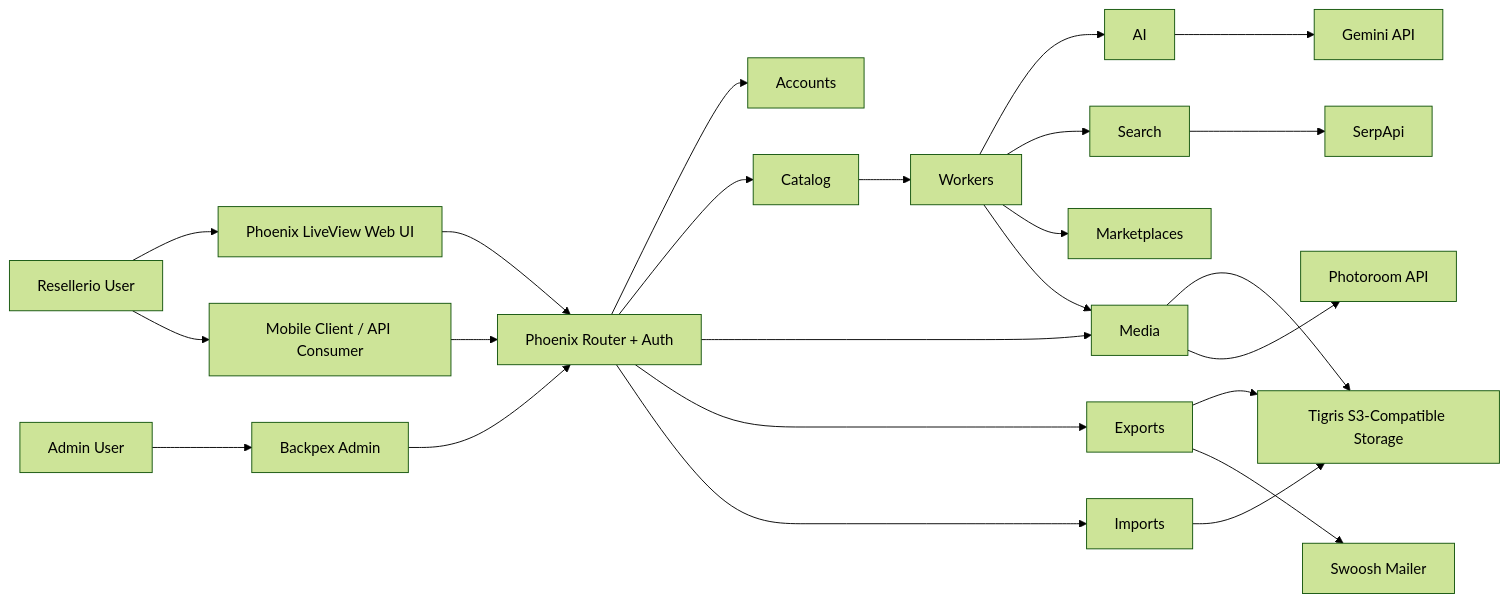
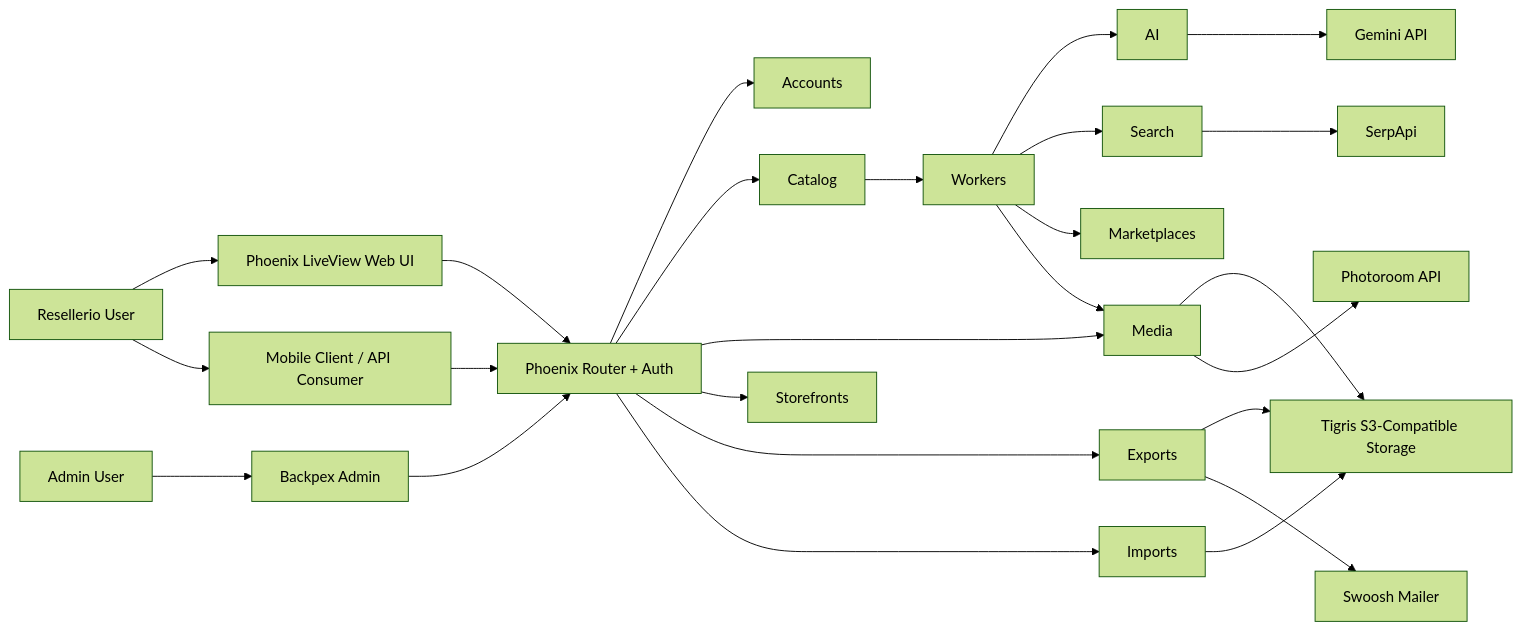
One commit to mpakus/resellerio changed the first of 4 diagrams in docs/ARCHITECTURE.md. Above: the diagram before and after it, drawn with Mermaid (forest theme). The commit also changed other lines of this file and 47 other files, not shown here.

````diff
--- a/docs/ARCHITECTURE.md
+++ b/docs/ARCHITECTURE.md
@@ -35,30 +36,31 @@
 ```mermaid
 flowchart LR
     U["Resellerio User"] --> W["Phoenix LiveView Web UI"]
     U --> M["Mobile Client / API Consumer"]
     A["Admin User"] --> B["Backpex Admin"]
 
     W --> R["Phoenix Router + Auth"]
     M --> R
     B --> R
 
     R --> AC["Accounts"]
     R --> C["Catalog"]
     R --> ME["Media"]
+    R --> ST["Storefronts"]
     R --> EX["Exports"]
     R --> IM["Imports"]
 
     C --> WK["Workers"]
     WK --> AI["AI"]
     WK --> SE["Search"]
     WK --> MP["Marketplaces"]
     WK --> ME
 
     ME --> TG["Tigris S3-Compatible Storage"]
     AI --> GM["Gemini API"]
     SE --> SA["SerpApi"]
     ME --> PR["Photoroom API"]
     EX --> TG
     IM --> TG
     EX --> ML["Swoosh Mailer"]
 ```
````
